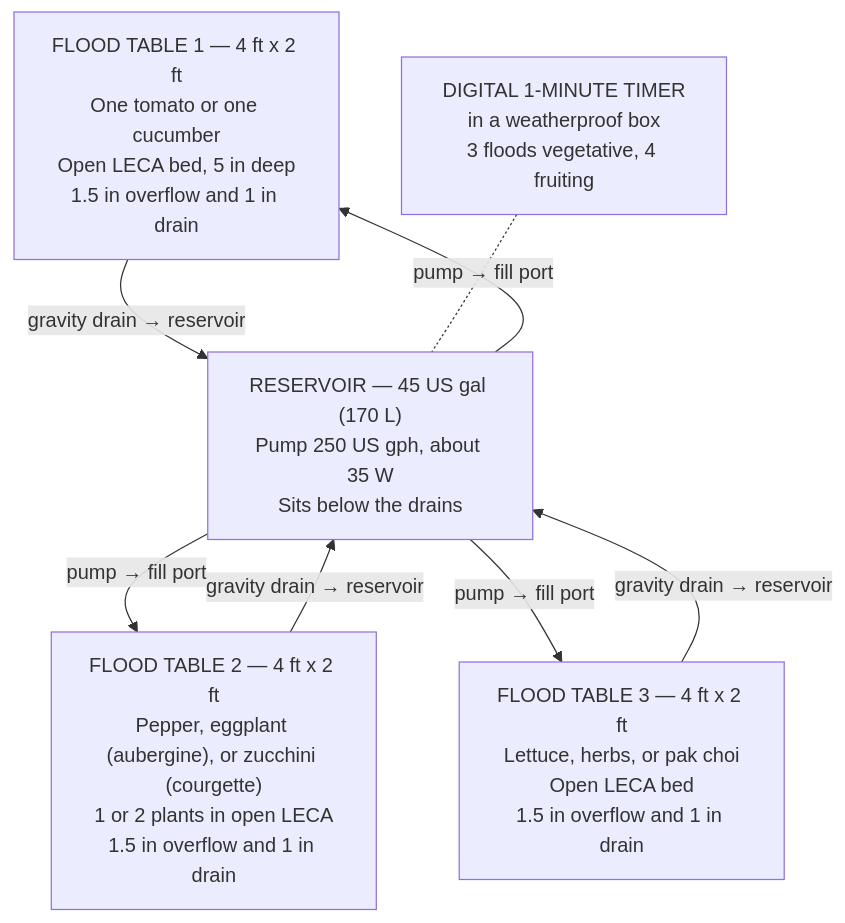
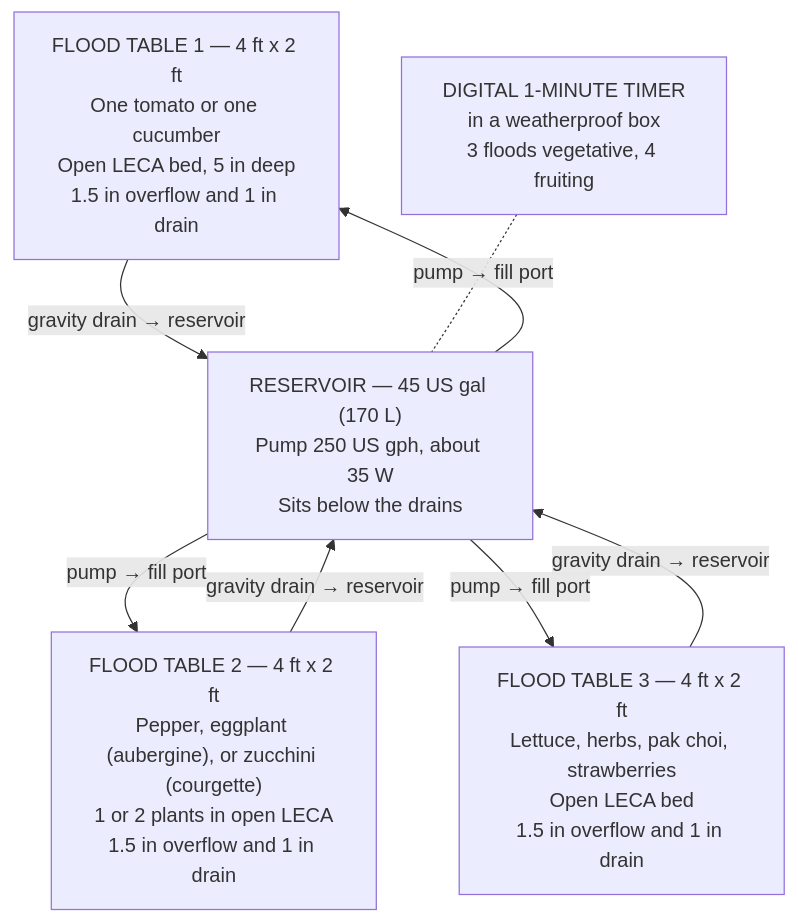
One commit to UncleJS/guide_hydroponics changed the first of 8 diagrams in guide/ebb-and-flow/11-build-guide.md. Above: the diagram before and after it, drawn with Mermaid. The commit also changed other lines of this file and 20 other files, not shown here.

````diff
--- a/guide/ebb-and-flow/11-build-guide.md
+++ b/guide/ebb-and-flow/11-build-guide.md
@@ -79,15 +79,15 @@
 ```mermaid
 flowchart TB
     T1["FLOOD TABLE 1 — 4 ft x 2 ft<br/>One tomato or one cucumber<br/>Open LECA bed, 5 in deep<br/>1.5 in overflow and 1 in drain"]
     T2["FLOOD TABLE 2 — 4 ft x 2 ft<br/>Pepper, eggplant (aubergine), or zucchini (courgette)<br/>1 or 2 plants in open LECA<br/>1.5 in overflow and 1 in drain"]
-    T3["FLOOD TABLE 3 — 4 ft x 2 ft<br/>Lettuce, herbs, or pak choi<br/>Open LECA bed<br/>1.5 in overflow and 1 in drain"]
+    T3["FLOOD TABLE 3 — 4 ft x 2 ft<br/>Lettuce, herbs, pak choi, strawberries<br/>Open LECA bed<br/>1.5 in overflow and 1 in drain"]
     RES["RESERVOIR — 45 US gal (170 L)<br/>Pump 250 US gph, about 35 W<br/>Sits below the drains"]
     TIMER["DIGITAL 1-MINUTE TIMER<br/>in a weatherproof box<br/>3 floods vegetative, 4 fruiting"]
     T1 -->|"gravity drain → reservoir"| RES
     T2 -->|"gravity drain → reservoir"| RES
     T3 -->|"gravity drain → reservoir"| RES
     RES -->|"pump → fill port"| T1
     RES -->|"pump → fill port"| T2
     RES -->|"pump → fill port"| T3
     TIMER -.- RES
 ```
````
